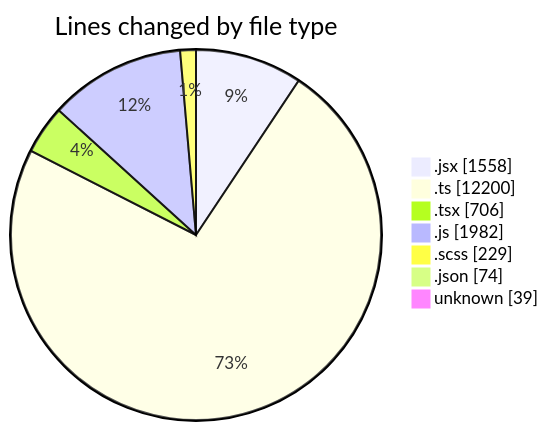
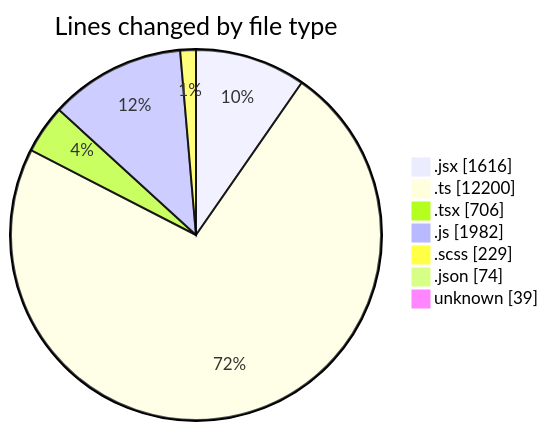
Before and after one commit to momahboobian/code-tracking: the first of 2 diagrams in 2025-06-05/cda/README.md, drawn with Mermaid. The commit also changed other lines of this file and 1 other file, not shown here.

````diff
--- a/2025-06-05/cda/README.md
+++ b/2025-06-05/cda/README.md
@@ -42,11 +43,11 @@
 ```mermaid
 pie showData
 title Lines changed by file type
-".jsx" : 1558
+".jsx" : 1616
 ".ts" : 12200
 ".tsx" : 706
 ".js" : 1982
 ".scss" : 229
 ".json" : 74
 "unknown" : 39
 ```
````
